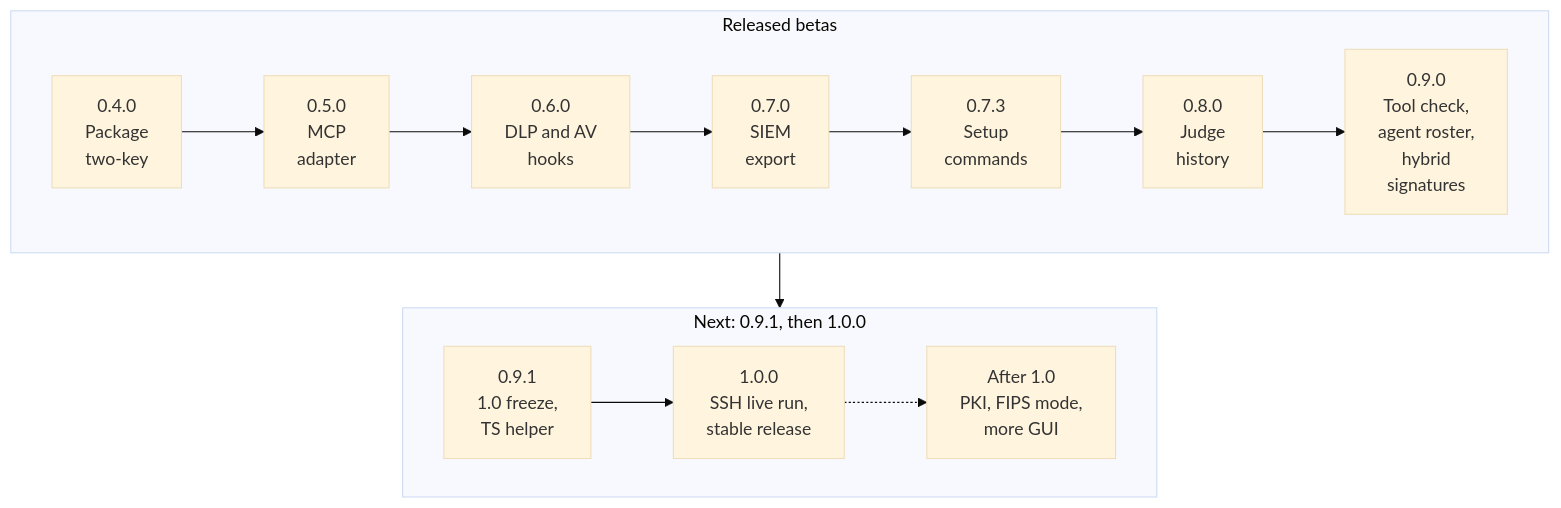
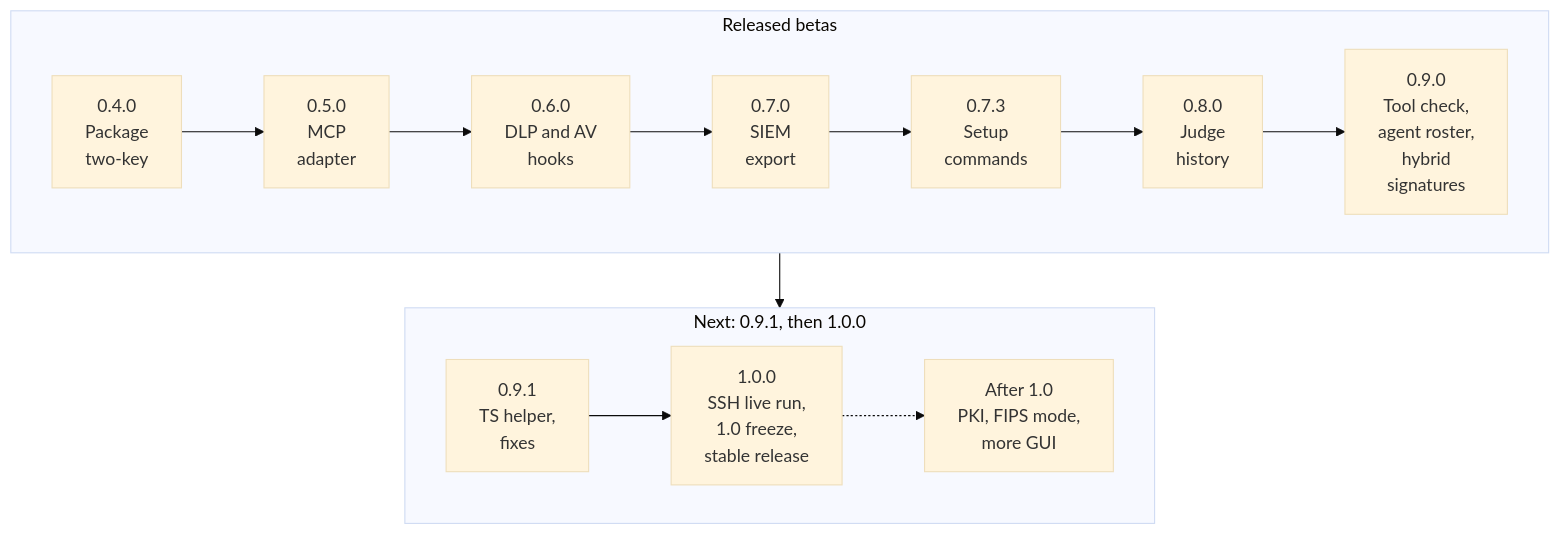
One commit to Insomniac-VibeLabs/two-key changed the fourth of 4 diagrams in README.md. Above: the diagram before and after it, drawn with Mermaid (base theme). The commit also changed other lines of this file and 2 other files, not shown here.

First line of the commit message:
ROADMAP and README: the 1.0 freeze becomes a 1.0.0 criterion; 0.9.1 is the TypeScript helper and fixes (decision 2026-11-05)

````diff
--- a/README.md
+++ b/README.md
@@ -658,12 +658,12 @@
 ```mermaid
 flowchart TD
   subgraph done["Released betas"]
     direction LR
     r04["0.4.0<br/>Package<br/>two-key"] --> r05["0.5.0<br/>MCP<br/>adapter"] --> r06["0.6.0<br/>DLP and AV<br/>hooks"] --> r07["0.7.0<br/>SIEM<br/>export"] --> r073["0.7.3<br/>Setup<br/>commands"] --> r08["0.8.0<br/>Judge<br/>history"] --> r09["0.9.0<br/>Tool check,<br/>agent roster,<br/>hybrid<br/>signatures"]
   end
   subgraph next["Next: 0.9.1, then 1.0.0"]
     direction LR
-    r091["0.9.1<br/>1.0 freeze,<br/>TS helper"] --> r10["1.0.0<br/>SSH live run,<br/>stable release"] -.-> after["After 1.0<br/>PKI, FIPS mode,<br/>more GUI"]
+    r091["0.9.1<br/>TS helper,<br/>fixes"] --> r10["1.0.0<br/>SSH live run,<br/>1.0 freeze,<br/>stable release"] -.-> after["After 1.0<br/>PKI, FIPS mode,<br/>more GUI"]
   end
   done --> next
 ```
````
